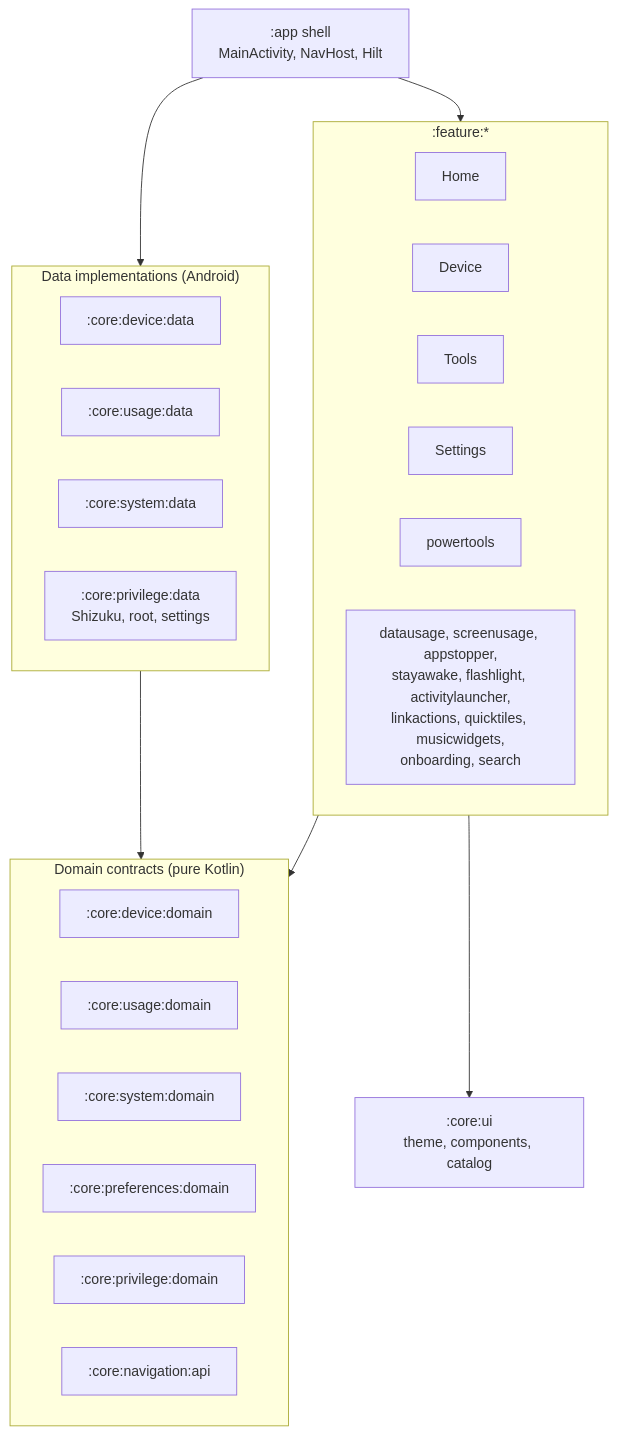
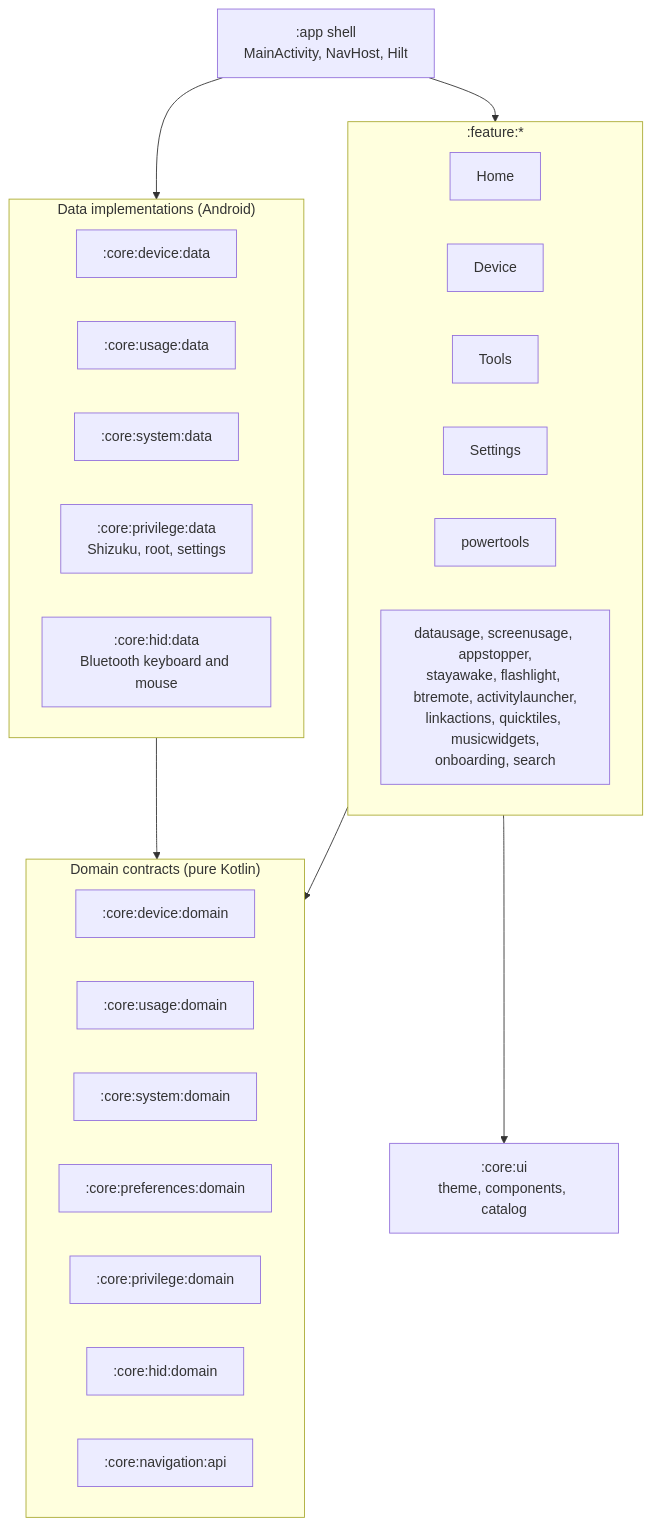
The diagram in DEVELOPMENT.md (qtremors/osyster), drawn with Mermaid before and after one commit. The commit also changed other lines of this file and 45 other files, not shown here.

Commit message:
v0.3.3: Touchpad, Air Mouse, Keyboard, Gamepad, Computer Actions, And Remote Widget

````diff
--- a/DEVELOPMENT.md
+++ b/DEVELOPMENT.md
@@ -34,17 +35,17 @@
 ```mermaid
 flowchart TD
     App[":app shell<br/>MainActivity, NavHost, Hilt"] --> Features
     subgraph Features[":feature:*"]
-        Home & Device & Tools & Settings & PowerTools["powertools"] & More["datausage, screenusage, appstopper,<br/>stayawake, flashlight, activitylauncher,<br/>linkactions, quicktiles, musicwidgets,<br/>onboarding, search"]
+        Home & Device & Tools & Settings & PowerTools["powertools"] & More["datausage, screenusage, appstopper,<br/>stayawake, flashlight, btremote, activitylauncher,<br/>linkactions, quicktiles, musicwidgets,<br/>onboarding, search"]
     end
     Features --> Domain
     subgraph Domain["Domain contracts (pure Kotlin)"]
-        DD[":core:device:domain"] & UD[":core:usage:domain"] & SD[":core:system:domain"] & PD[":core:preferences:domain"] & PrD[":core:privilege:domain"] & Nav[":core:navigation:api"]
+        DD[":core:device:domain"] & UD[":core:usage:domain"] & SD[":core:system:domain"] & PD[":core:preferences:domain"] & PrD[":core:privilege:domain"] & HD[":core:hid:domain"] & Nav[":core:navigation:api"]
     end
     Features --> UI[":core:ui<br/>theme, components, catalog"]
     App --> Data
     subgraph Data["Data implementations (Android)"]
-        DDa[":core:device:data"] & UDa[":core:usage:data"] & SDa[":core:system:data"] & PrDa[":core:privilege:data<br/>Shizuku, root, settings"]
+        DDa[":core:device:data"] & UDa[":core:usage:data"] & SDa[":core:system:data"] & PrDa[":core:privilege:data<br/>Shizuku, root, settings"] & HDa[":core:hid:data<br/>Bluetooth keyboard and mouse"]
     end
     Data --> Domain
 ```
````
